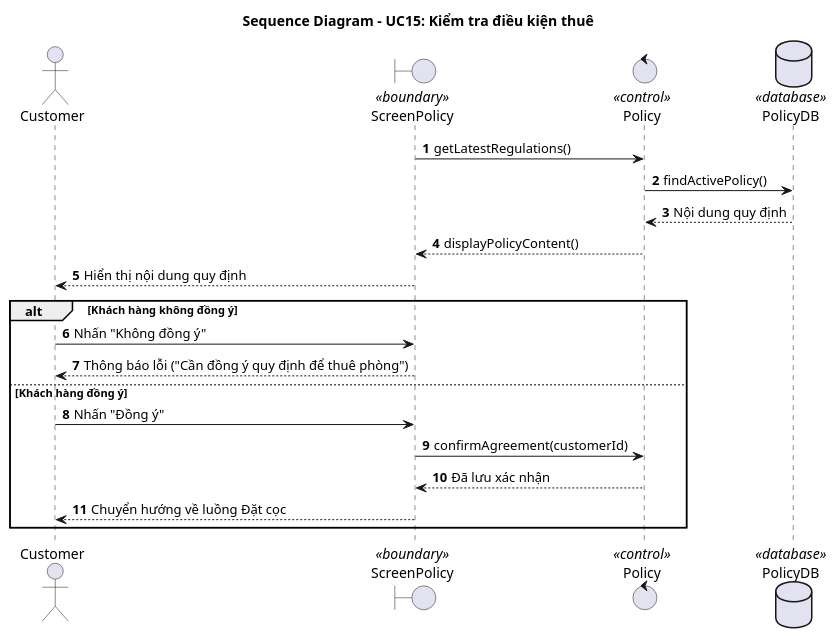
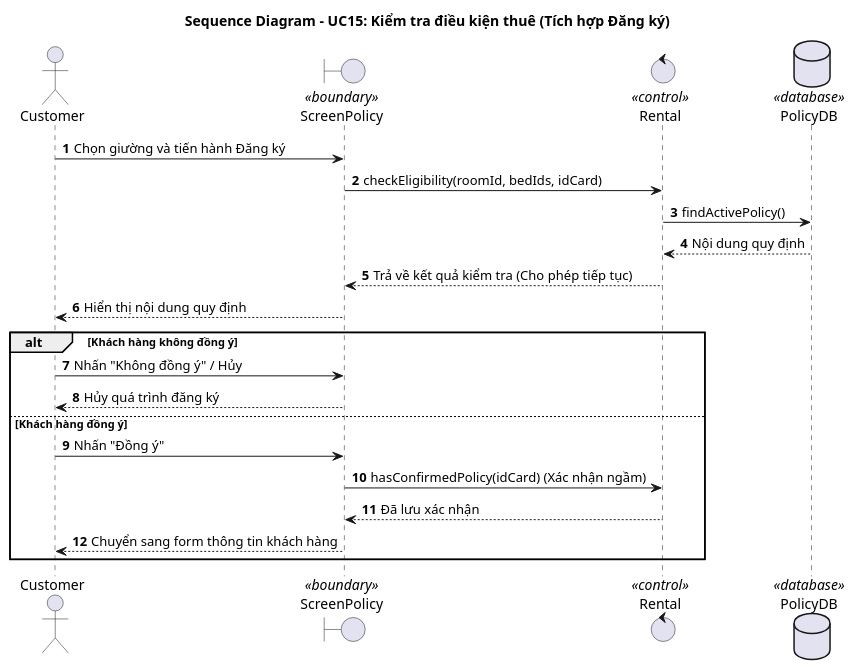
Before and after one commit to Gnourt812005/HCMUS-Analyze-and-desgin-IS: the diagram in doc/system/kiem_tra_dieu_kien_thue/KiemTraDieuKienThue_SequenceDiagram.wsd, drawn with PlantUML. The commit also changed 15 other files, not shown here.

```diff
--- a/doc/system/kiem_tra_dieu_kien_thue/KiemTraDieuKienThue_SequenceDiagram.wsd
+++ b/doc/system/kiem_tra_dieu_kien_thue/KiemTraDieuKienThue_SequenceDiagram.wsd
@@ -1,28 +1,29 @@
 @startuml KiemTraDieuKienThue_SequenceDiagram
-title Sequence Diagram - UC15: Kiểm tra điều kiện thuê
+title Sequence Diagram - UC15: Kiểm tra điều kiện thuê (Tích hợp Đăng ký)
 
 autonumber
 
 actor "Customer" as Actor
 boundary "ScreenPolicy" as GUI <<boundary>>
-control "Policy" as BUS <<control>>
+control "Rental" as BUS <<control>>
 database "PolicyDB" as DB <<database>>
 
-GUI -> BUS : getLatestRegulations()
+Actor -> GUI : Chọn giường và tiến hành Đăng ký
+GUI -> BUS : checkEligibility(roomId, bedIds, idCard)
 BUS -> DB : findActivePolicy()
 DB --> BUS : Nội dung quy định
-BUS --> GUI : displayPolicyContent()
+BUS --> GUI : Trả về kết quả kiểm tra (Cho phép tiếp tục)
 
 GUI --> Actor : Hiển thị nội dung quy định
 
 alt Khách hàng không đồng ý
-    Actor -> GUI : Nhấn "Không đồng ý"
-    GUI --> Actor : Thông báo lỗi ("Cần đồng ý quy định để thuê phòng")
+    Actor -> GUI : Nhấn "Không đồng ý" / Hủy
+    GUI --> Actor : Hủy quá trình đăng ký
 else Khách hàng đồng ý
     Actor -> GUI : Nhấn "Đồng ý"
-    GUI -> BUS : confirmAgreement(customerId)
+    GUI -> BUS : hasConfirmedPolicy(idCard) (Xác nhận ngầm)
     BUS --> GUI : Đã lưu xác nhận
-    GUI --> Actor : Chuyển hướng về luồng Đặt cọc
+    GUI --> Actor : Chuyển sang form thông tin khách hàng
 end
 
 @enduml
```
